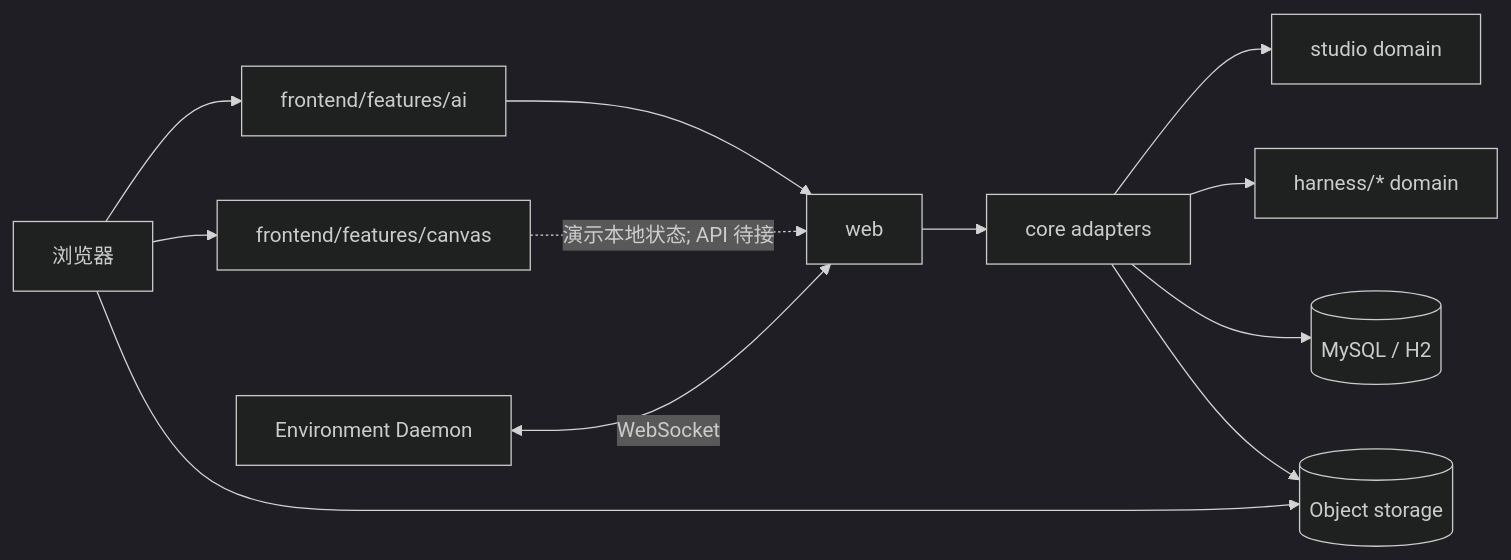
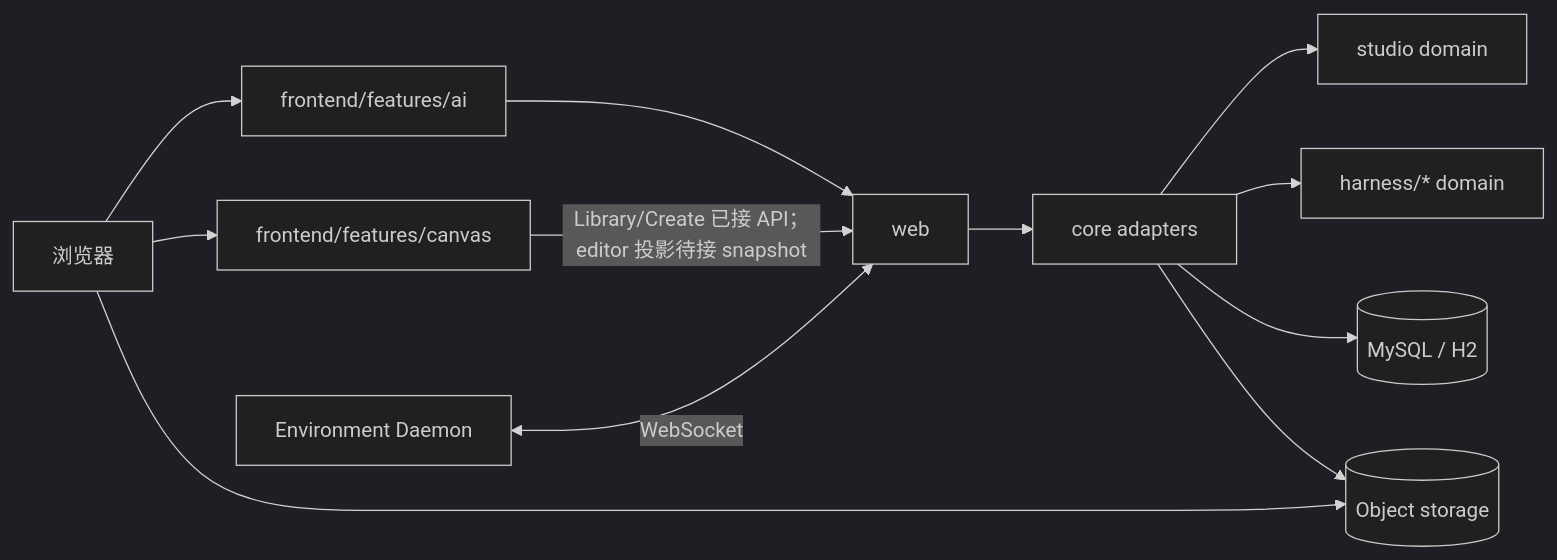
The diagram in docs/technical-solution/architecture.md (fengwk/kk-studio), drawn with Mermaid (dark theme) before and after one commit. The commit also changed other lines of this file and 433 other files, not shown here.

````diff
--- a/docs/technical-solution/architecture.md
+++ b/docs/technical-solution/architecture.md
@@ -16,25 +16,25 @@
 ```mermaid
 flowchart LR
     Browser[浏览器]
     FE_AI[frontend/features/ai]
     FE_CV[frontend/features/canvas]
     Web[web]
     Core[core adapters]
     Studio[studio domain]
     Harness[harness/* domain]
     Store[(MySQL / H2)]
     S3[(Object storage)]
     Env[Environment Daemon]
 
     Browser --> FE_AI
     Browser --> FE_CV
     FE_AI --> Web
-    FE_CV -.->|演示本地状态; API 待接| Web
+    FE_CV -->|Library/Create 已接 API；editor 投影待接 snapshot| Web
     Web --> Core
     Core --> Studio
     Core --> Harness
     Core --> Store
     Core --> S3
     Browser --> S3
     Env <-->|WebSocket| Web
 ```
````
